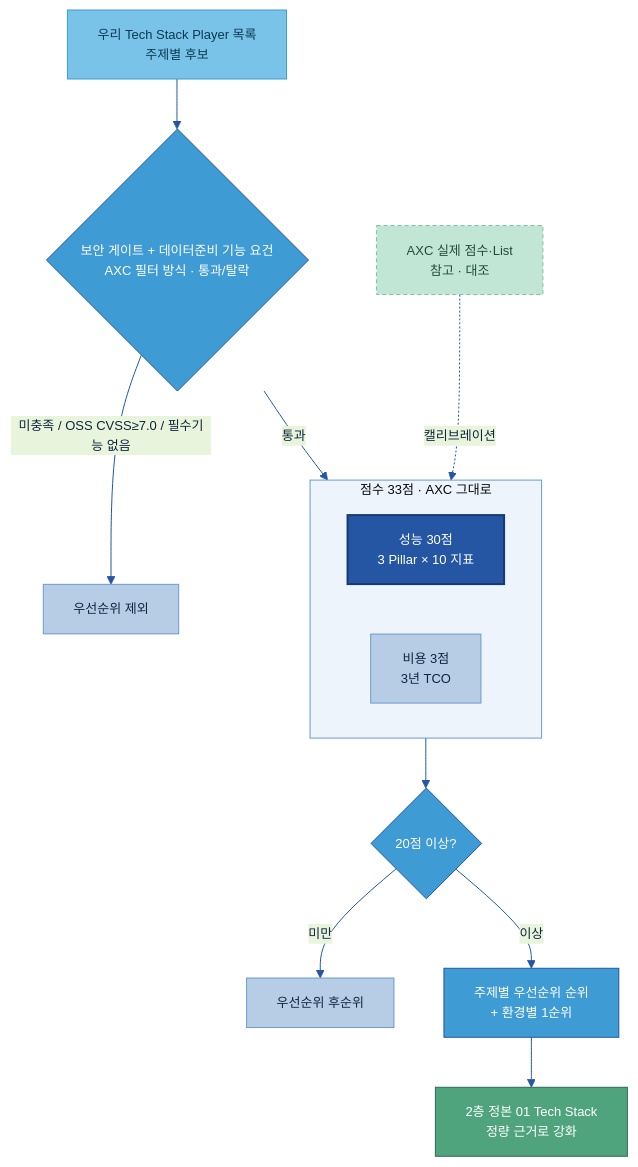
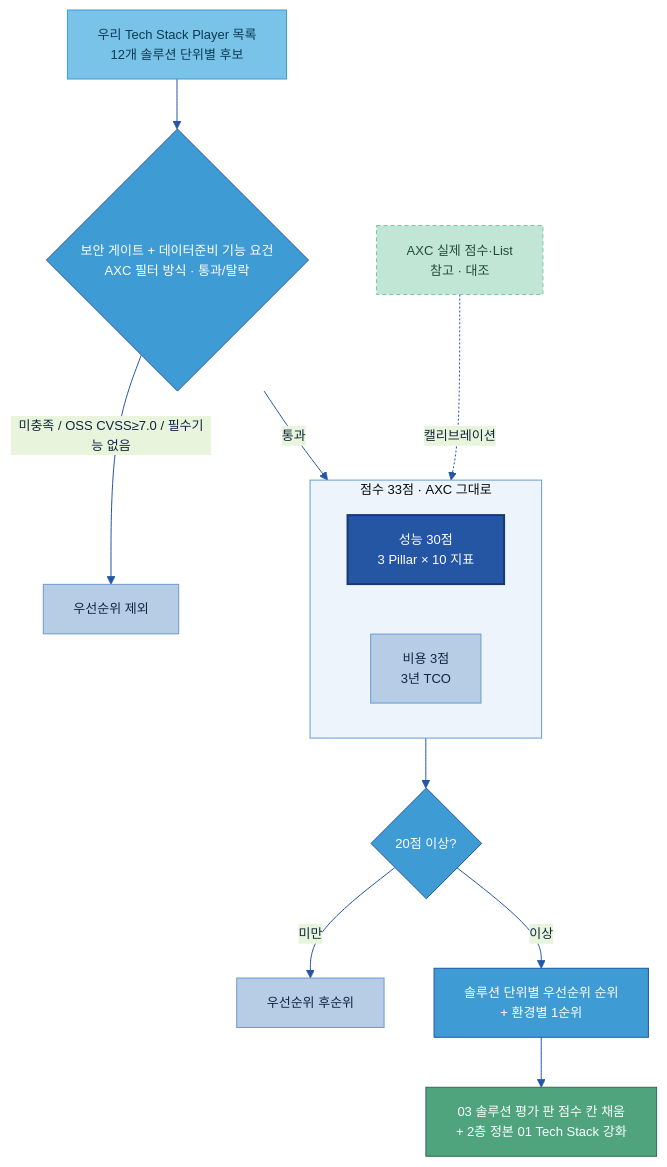
Before and after one commit to jin-kearney/ai-ready-data-manual: the diagram in Tech Player/Tech 솔루션 평가 기획안 (AXC 방법론 준용).md, drawn with Mermaid. The commit also changed other lines of this file, not shown here.

First line of the commit message:
docs(techstack): 평가 기획안을 03 솔루션 단위(12개) 기준으로 재설계

````diff
--- a/Tech Player/Tech 솔루션 평가 기획안 (AXC 방법론 준용).md
+++ b/Tech Player/Tech 솔루션 평가 기획안 (AXC 방법론 준용).md
@@ -57,27 +60,27 @@
 ```mermaid
 %%{init: {'theme':'base','themeVariables':{'primaryColor':'#DCE8F5','primaryBorderColor':'#2456A4','primaryTextColor':'#10243f','lineColor':'#2456A4','clusterBkg':'#EEF4FB','clusterBorder':'#6B9AD1','fontSize':'13px'}}}%%
 flowchart TB
-    POOL[우리 Tech Stack Player 목록<br/>주제별 후보]:::src --> GATE{보안 게이트 + 데이터준비 기능 요건<br/>AXC 필터 방식 · 통과/탈락}:::gate
+    POOL[우리 Tech Stack Player 목록<br/>12개 솔루션 단위별 후보]:::src --> GATE{보안 게이트 + 데이터준비 기능 요건<br/>AXC 필터 방식 · 통과/탈락}:::gate
     GATE -->|미충족 / OSS CVSS≥7.0 / 필수기능 없음| OUT[우선순위 제외]:::n
     GATE -->|통과| SCORE
 
     subgraph SCORE[점수 33점 · AXC 그대로]
         direction LR
         S1[성능 30점<br/>3 Pillar × 10 지표]:::cat
         S2[비용 3점<br/>3년 TCO]:::n
     end
 
     SCORE --> CUT{20점 이상?}:::gate
     CUT -->|미만| LOW[우선순위 후순위]:::n
-    CUT -->|이상| RANK[주제별 우선순위 순위<br/>+ 환경별 1순위]:::gate
-    RANK --> CANON[2층 정본 01 Tech Stack<br/>정량 근거로 강화]:::loop
+    CUT -->|이상| RANK[솔루션 단위별 우선순위 순위<br/>+ 환경별 1순위]:::gate
+    RANK --> CANON[03 솔루션 평가 판 점수 칸 채움<br/>+ 2층 정본 01 Tech Stack 강화]:::loop
 
     AXC[AXC 실제 점수·List<br/>참고 · 대조]:::cross -.캘리브레이션.-> SCORE
 
     classDef n fill:#B7CDE6,stroke:#6B9AD1,color:#10243f;
     classDef src fill:#79C3E8,stroke:#3F9BD4,color:#0b3a52;
     classDef cat fill:#2456A4,color:#fff,stroke:#163a73,stroke-width:2px;
     classDef gate fill:#3F9BD4,stroke:#2456A4,color:#fff;
     classDef loop fill:#4FA47D,stroke:#2f6b50,color:#fff;
     classDef cross fill:#C2E6D6,stroke:#7CC2A7,color:#1f4d3a,stroke-dasharray:4 3;
 ```
````
